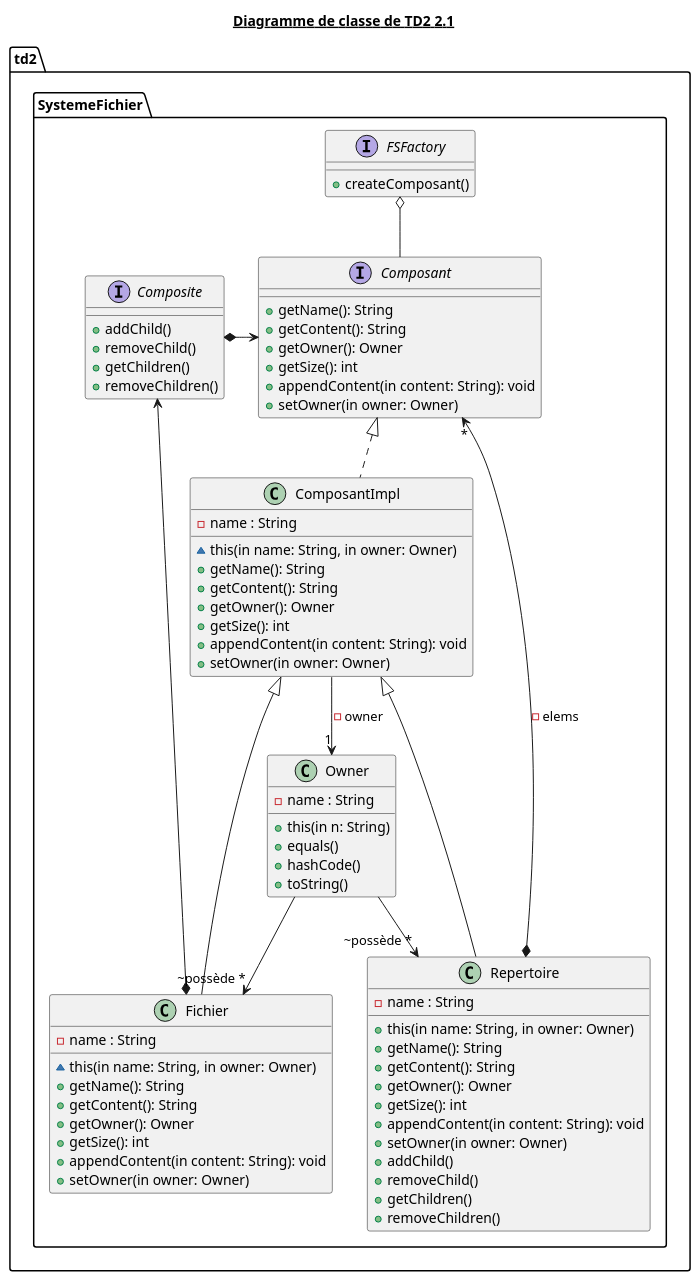
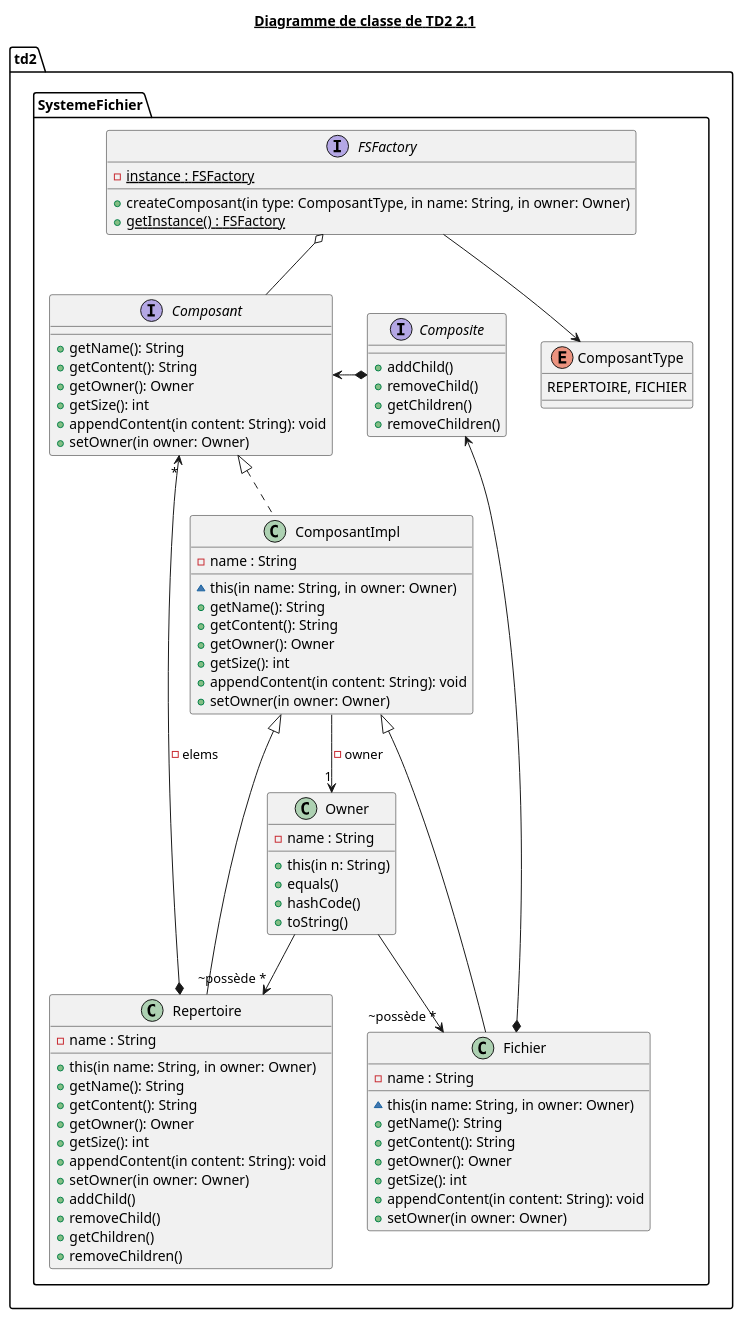
One commit to KrishnarashTHEVAKUMARAN/mapc changed the diagram in td2/app/src/main/java/td2/SystemeFichier/TD2_SystemeFichier.puml. Above: the diagram before and after it, drawn with PlantUML. The commit also changed 6 other files, not shown here.

```diff
--- a/td2/app/src/main/java/td2/SystemeFichier/TD2_SystemeFichier.puml
+++ b/td2/app/src/main/java/td2/SystemeFichier/TD2_SystemeFichier.puml
@@ -1,84 +1,91 @@
 @startuml TD2_SystemeFichier
 
 title __Diagramme de classe de TD2 2.1__
 package td2 {
     package SystemeFichier{
             interface Composant {
                 + getName(): String
                 + getContent(): String
                 + getOwner(): Owner
                 + getSize(): int
                 + appendContent(in content: String): void
                 + setOwner(in owner: Owner)
             }
 
             interface Composite {
                 + addChild()
                 + removeChild()
                 + getChildren()
                 + removeChildren()
             }
 
             interface FSFactory {
-                + createComposant()
+                - {static} instance : FSFactory
+                + createComposant(in type: ComposantType, in name: String, in owner: Owner)
+                + {static} getInstance() : FSFactory
+            }
+
+            enum ComposantType {
+                REPERTOIRE, FICHIER
             }
 
             class ComposantImpl implements Composant{
                 - name : String
 
                 ~ this(in name: String, in owner: Owner)
                 + getName(): String
                 + getContent(): String
                 + getOwner(): Owner
                 + getSize(): int
                 + appendContent(in content: String): void
                 + setOwner(in owner: Owner)
             }
 
             class Fichier extends ComposantImpl{
                 - name : String
                 ~ this(in name: String, in owner: Owner)
                 + getName(): String
                 + getContent(): String
                 + getOwner(): Owner
                 + getSize(): int
                 + appendContent(in content: String): void
                 + setOwner(in owner: Owner)
             }
 
             class Repertoire extends ComposantImpl{
                 - name : String
                 + this(in name: String, in owner: Owner)
                 + getName(): String
                 + getContent(): String
                 + getOwner(): Owner
                 + getSize(): int
                 + appendContent(in content: String): void
                 + setOwner(in owner: Owner)
                 + addChild()
                 + removeChild()
                 + getChildren()
                 + removeChildren()
             }
 
             class Owner {
                 - name : String
 
                 + this(in n: String)
                 + equals()
                 + hashCode()
                 + toString()
             }
 
     }
 }
 
    Composite *-> Composant
    ComposantImpl --> "1" Owner  : -owner
+   FSFactory --> ComposantType
    Repertoire *--> "*" Composant : - elems
    FSFactory o-- Composant
    Fichier *-->  Composite
    Owner  --> "~possède *" Fichier
    Owner  --> "~possède *" Repertoire
 
 @enduml
```
